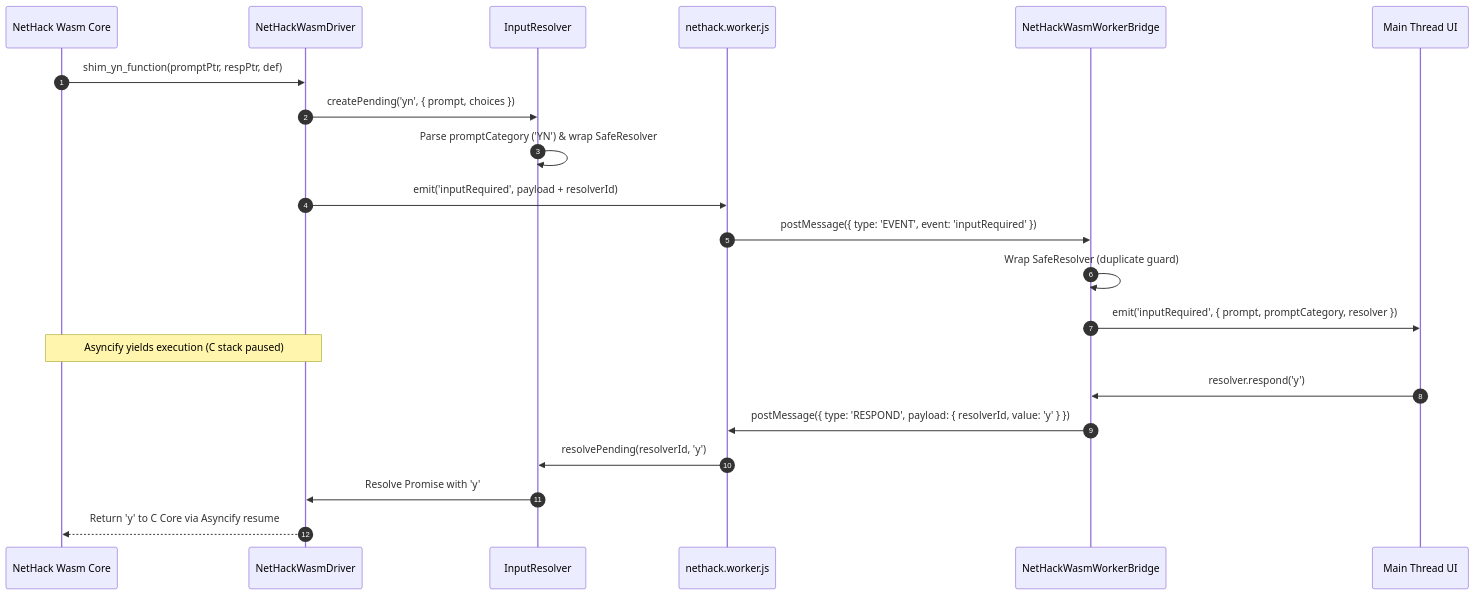
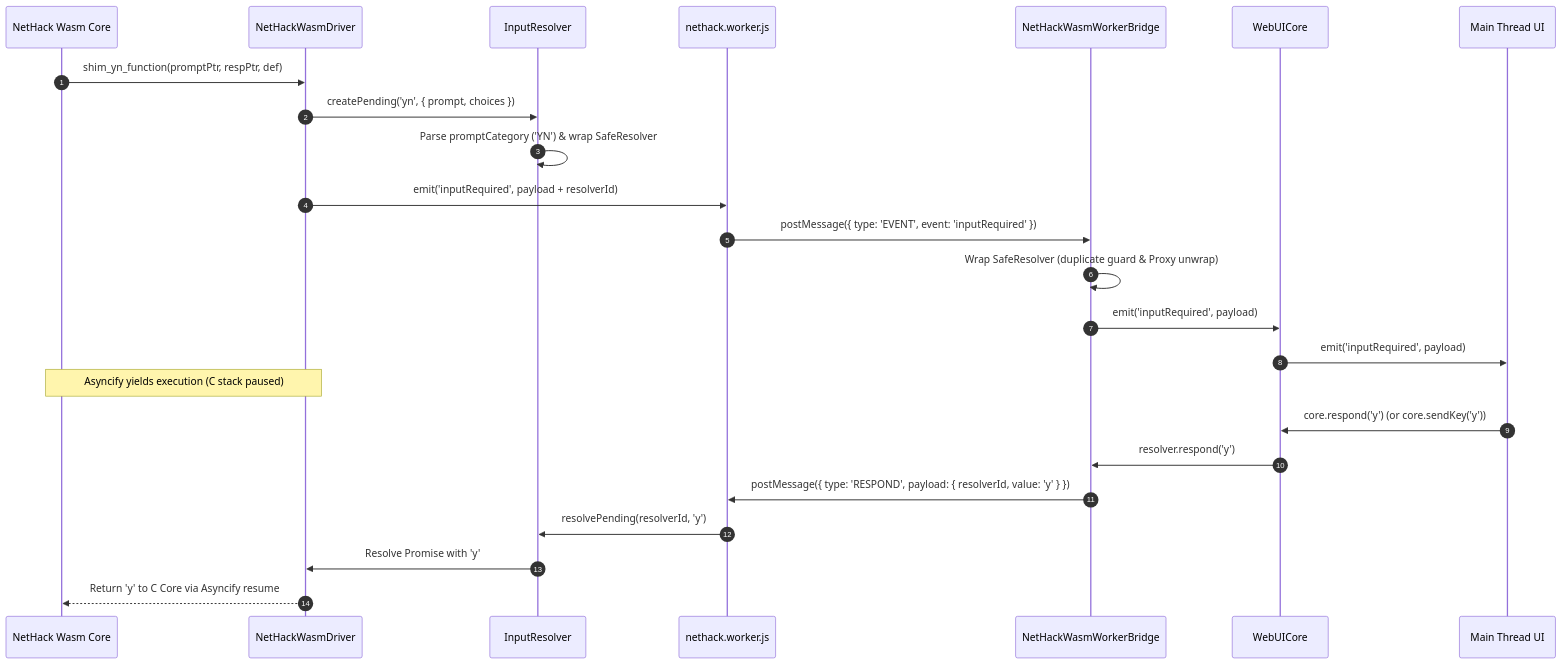
Before and after one commit to e3sh/Nethack-wasm-webUI: the second of 2 diagrams in docs/notebooklm_knowledge_base.md, drawn with Mermaid. The commit also changed other lines of this file and 14 other files, not shown here.

````diff
--- a/docs/notebooklm_knowledge_base.md
+++ b/docs/notebooklm_knowledge_base.md
@@ -229,26 +254,29 @@
 ```mermaid
 sequenceDiagram
     autonumber
     participant Wasm as NetHack Wasm Core
     participant Driver as NetHackWasmDriver
     participant IR as InputResolver
     participant Worker as nethack.worker.js
     participant Bridge as NetHackWasmWorkerBridge
+    participant Core as WebUICore
     participant UI as Main Thread UI
 
     Wasm->>Driver: shim_yn_function(promptPtr, respPtr, def)
     Driver->>IR: createPending('yn', { prompt, choices })
     IR->>IR: Parse promptCategory ('YN') & wrap SafeResolver
     Driver->>Worker: emit('inputRequired', payload + resolverId)
     Worker->>Bridge: postMessage({ type: 'EVENT', event: 'inputRequired' })
-    Bridge->>Bridge: Wrap SafeResolver (duplicate guard)
-    Bridge->>UI: emit('inputRequired', { prompt, promptCategory, resolver })
+    Bridge->>Bridge: Wrap SafeResolver (duplicate guard & Proxy unwrap)
+    Bridge->>Core: emit('inputRequired', payload)
+    Core->>UI: emit('inputRequired', payload)
     
     Note over Wasm,Driver: Asyncify yields execution (C stack paused)
 
-    UI->>Bridge: resolver.respond('y')
+    UI->>Core: core.respond('y') (or core.sendKey('y'))
+    Core->>Bridge: resolver.respond('y')
     Bridge->>Worker: postMessage({ type: 'RESPOND', payload: { resolverId, value: 'y' } })
     Worker->>IR: resolvePending(resolverId, 'y')
     IR->>Driver: Resolve Promise with 'y'
     Driver-->>Wasm: Return 'y' to C Core via Asyncify resume
 ```
````
